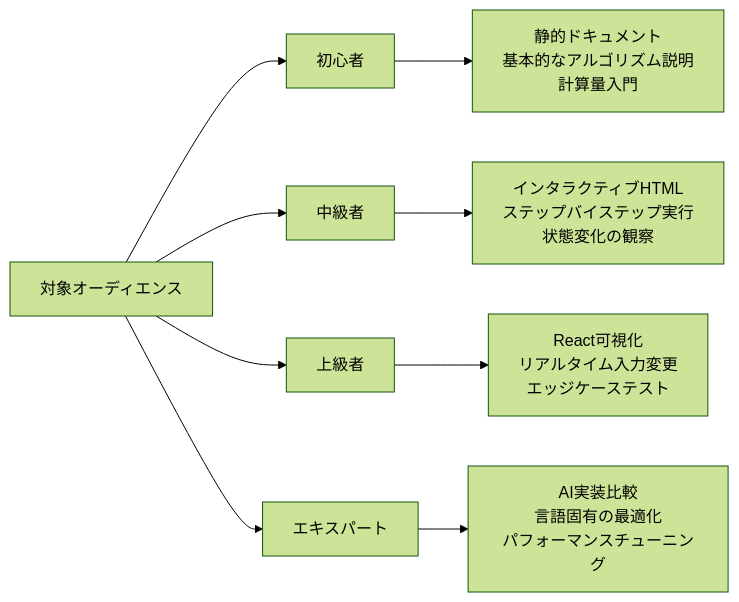
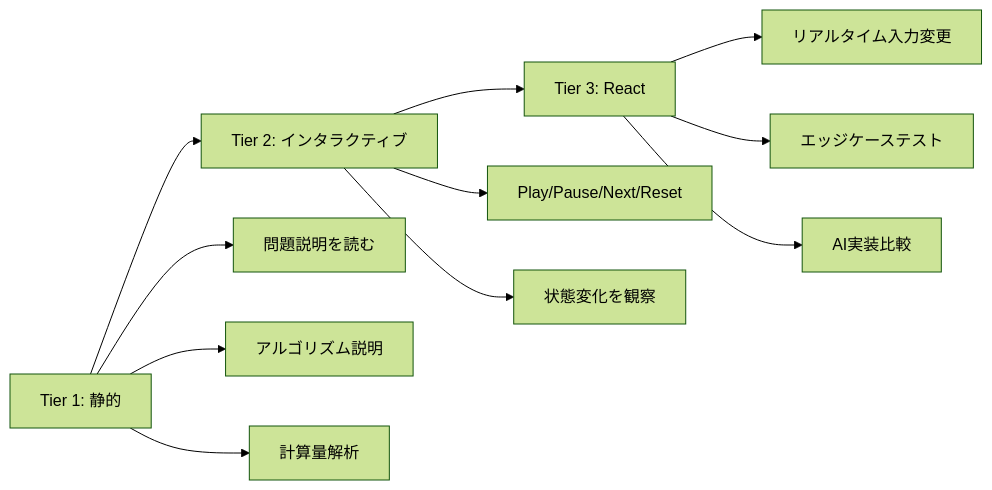
Before and after one commit to myoshi2891/Algorithm-DataStructures-Math-SQL: the eighth of 8 diagrams in README.md, drawn with Mermaid (forest theme). The commit also changed other lines of this file, not shown here.

````diff
--- a/README.md
+++ b/README.md
@@ -381,19 +368,16 @@
 ```mermaid
 graph LR
-    Audience[対象オーディエンス]
-
-    Beginner[初心者]
-    Intermediate[中級者]
-    Advanced[上級者]
-    Expert[エキスパート]
-
-    Audience --> Beginner
-    Audience --> Intermediate
-    Audience --> Advanced
-    Audience --> Expert
-
-    Beginner --> BeginnerContent[静的ドキュメント<br/>基本的なアルゴリズム説明<br/>計算量入門]
-    Intermediate --> IntermediateContent[インタラクティブHTML<br/>ステップバイステップ実行<br/>状態変化の観察]
-    Advanced --> AdvancedContent[React可視化<br/>リアルタイム入力変更<br/>エッジケーステスト]
-    Expert --> ExpertContent[AI実装比較<br/>言語固有の最適化<br/>パフォーマンスチューニング]
+    A[Tier 1: 静的] --> B[Tier 2: インタラクティブ]
+    B --> C[Tier 3: React]
+    
+    A --> A1[問題説明を読む]
+    A --> A2[アルゴリズム説明]
+    A --> A3[計算量解析]
+    
+    B --> B1[Play/Pause/Next/Reset]
+    B --> B2[状態変化を観察]
+    
+    C --> C1[リアルタイム入力変更]
+    C --> C2[エッジケーステスト]
+    C --> C3[AI実装比較]
 ```
````
